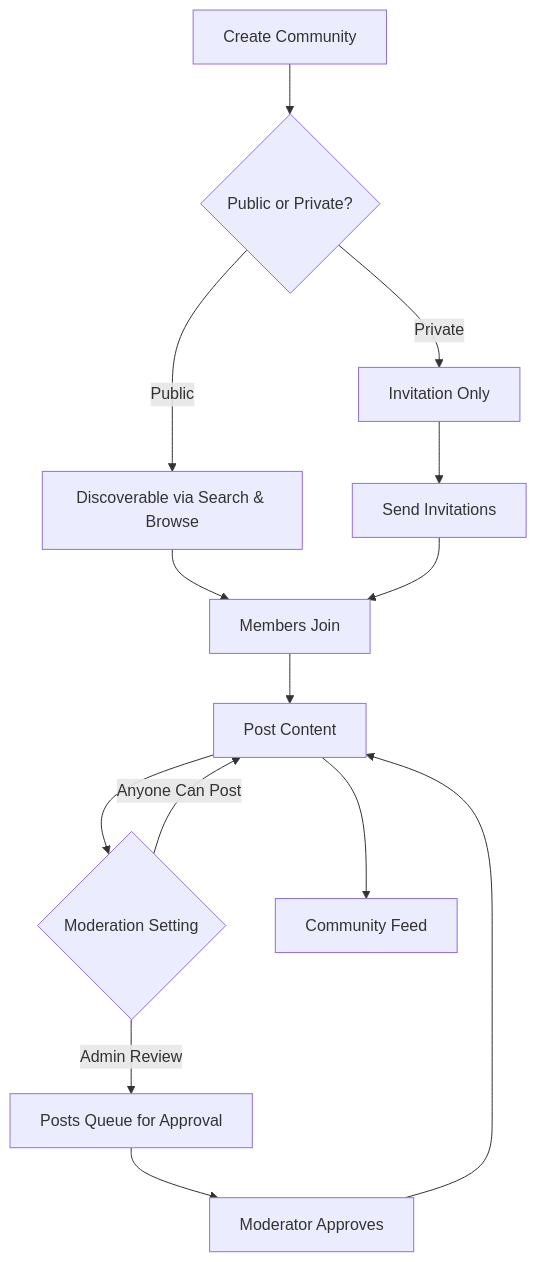
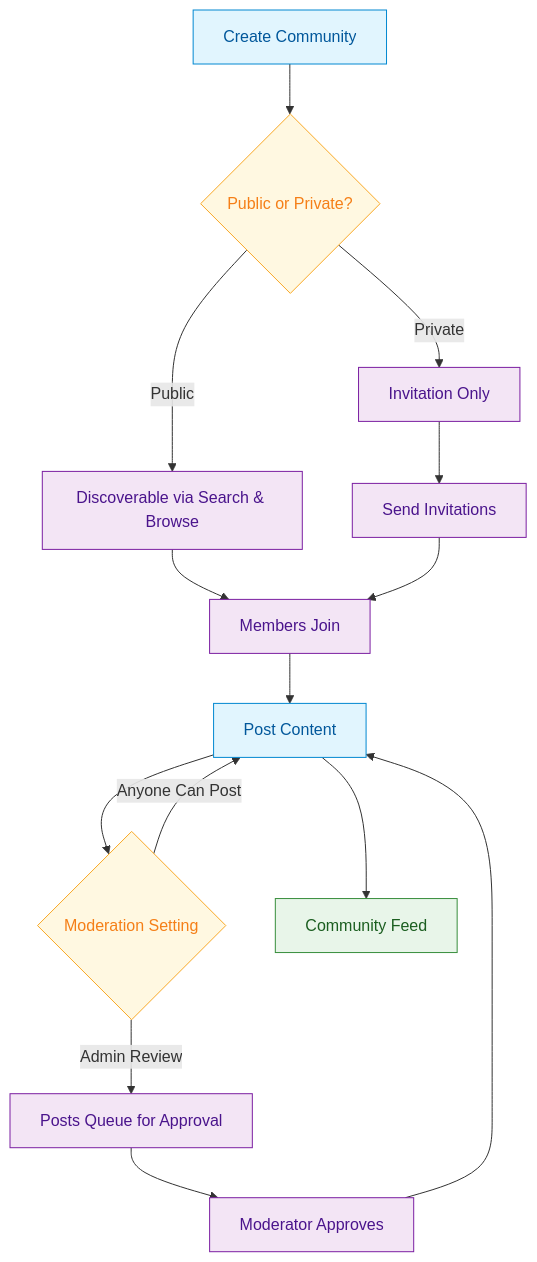
Before and after one commit to AmityCo/social-plus-docs: the diagram in use-cases/social/community-platform.mdx, drawn with Mermaid. The commit also changed other lines of this file and 26 other files, not shown here.

````diff
--- a/use-cases/social/community-platform.mdx
+++ b/use-cases/social/community-platform.mdx
@@ -34,16 +32,26 @@
 ```mermaid
 graph TD
     A[Create Community] --> B{Public or Private?}
     B -->|Public| C[Discoverable via Search & Browse]
     B -->|Private| D[Invitation Only]
     C --> E[Members Join]
     D --> F[Send Invitations]
     F --> E
     E --> G[Post Content]
     G --> H{Moderation Setting}
     H -->|Admin Review| I[Posts Queue for Approval]
     H -->|Anyone Can Post| G
     I --> J[Moderator Approves]
     J --> G
     G --> K[Community Feed]
+
+    classDef action fill:#e1f5fe,stroke:#0288d1,color:#01579b
+    classDef decision fill:#fff8e1,stroke:#f9a825,color:#f57f17
+    classDef process fill:#f3e5f5,stroke:#7b1fa2,color:#4a148c
+    classDef outcome fill:#e8f5e9,stroke:#388e3c,color:#1b5e20
+
+    class A,G action
+    class B,H decision
+    class C,D,E,F,I,J process
+    class K outcome
 ```
````
